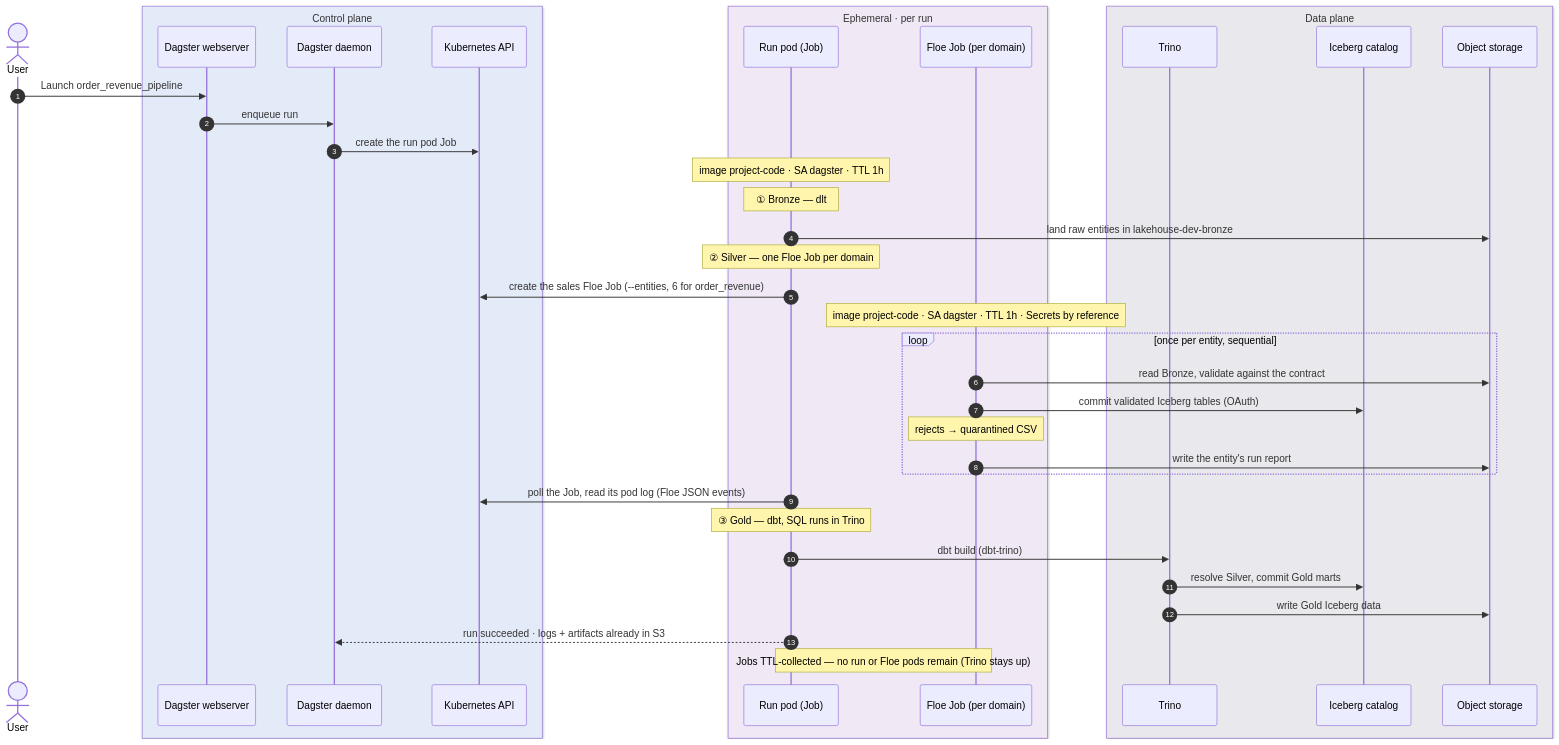
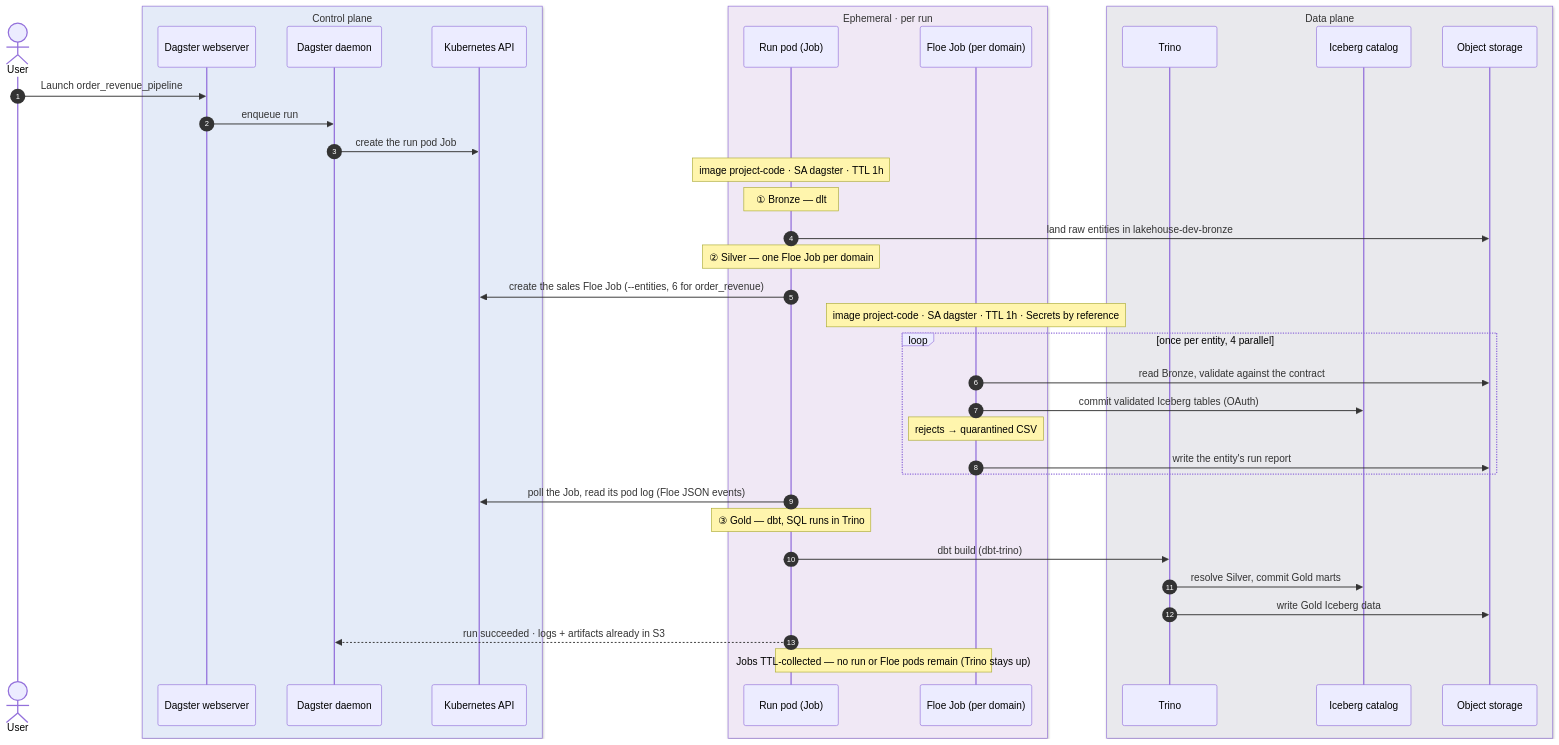
The first of 2 diagrams in docs/architecture/diagrams/chart3-ephemeral-job-lifecycle.md (OpenLakeForge/openlakeforge), drawn with Mermaid before and after one commit. The commit also changed other lines of this file and 11 other files, not shown here.

````diff
--- a/docs/architecture/diagrams/chart3-ephemeral-job-lifecycle.md
+++ b/docs/architecture/diagrams/chart3-ephemeral-job-lifecycle.md
@@ -21,46 +21,46 @@
 ```mermaid
 sequenceDiagram
     autonumber
     actor User
     box rgb(228,235,248) Control plane
         participant UI as Dagster webserver
         participant Daemon as Dagster daemon
         participant API as Kubernetes API
     end
     box rgb(240,232,245) Ephemeral · per run
         participant Run as Run pod (Job)
         participant Floe as Floe Job (per domain)
     end
     box rgb(233,233,237) Data plane
         participant Trino
         participant Polaris as Iceberg catalog
         participant S3 as Object storage
     end
 
     User->>UI: Launch order_revenue_pipeline
     UI->>Daemon: enqueue run
     Daemon->>API: create the run pod Job
     Note over Run: image project-code · SA dagster · TTL 1h
 
     Note over Run: ① Bronze — dlt
     Run->>S3: land raw entities in lakehouse-dev-bronze
 
     Note over Run: ② Silver — one Floe Job per domain
     Run->>API: create the sales Floe Job (--entities, 6 for order_revenue)
     Note over Floe: image project-code · SA dagster · TTL 1h · Secrets by reference
-    loop once per entity, sequential
+    loop once per entity, 4 parallel
         Floe->>S3: read Bronze, validate against the contract
         Floe->>Polaris: commit validated Iceberg tables (OAuth)
         Note over Floe: rejects → quarantined CSV
         Floe->>S3: write the entity's run report
     end
     Run->>API: poll the Job, read its pod log (Floe JSON events)
 
     Note over Run: ③ Gold — dbt, SQL runs in Trino
     Run->>Trino: dbt build (dbt-trino)
     Trino->>Polaris: resolve Silver, commit Gold marts
     Trino->>S3: write Gold Iceberg data
 
     Run-->>Daemon: run succeeded · logs + artifacts already in S3
     Note over Run,Floe: Jobs TTL-collected — no run or Floe pods remain (Trino stays up)
 ```
````
